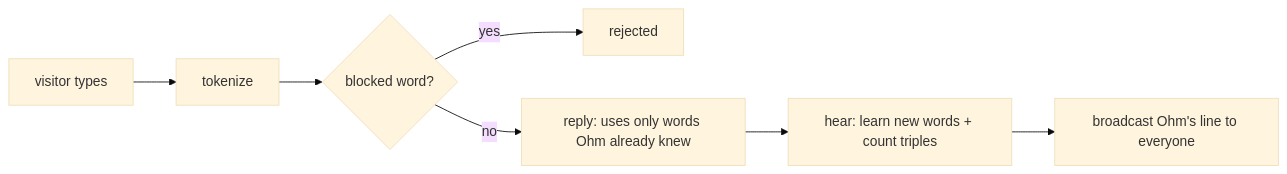
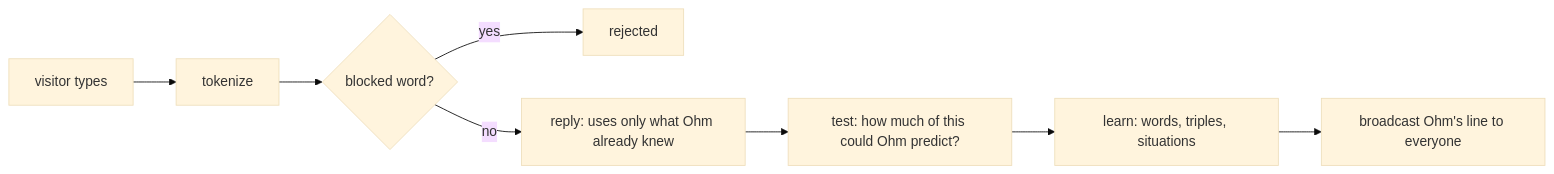
One commit to t4magoro/ohm-api changed the diagram in README.md. Above: the diagram before and after it, drawn with Mermaid (base theme). The commit also changed other lines of this file and 5 other files, not shown here.

````diff
--- a/README.md
+++ b/README.md
@@ -53,9 +58,10 @@
 ```mermaid
 flowchart LR
   A[visitor types] --> B[tokenize]
   B --> C{blocked word?}
   C -- yes --> X[rejected]
-  C -- no --> D[reply: uses only words Ohm already knew]
-  D --> E[hear: learn new words + count triples]
-  E --> F[broadcast Ohm's line to everyone]
+  C -- no --> D[reply: uses only what Ohm already knew]
+  D --> E[test: how much of this could Ohm predict?]
+  E --> F[learn: words, triples, situations]
+  F --> G[broadcast Ohm's line to everyone]
 ```
````
